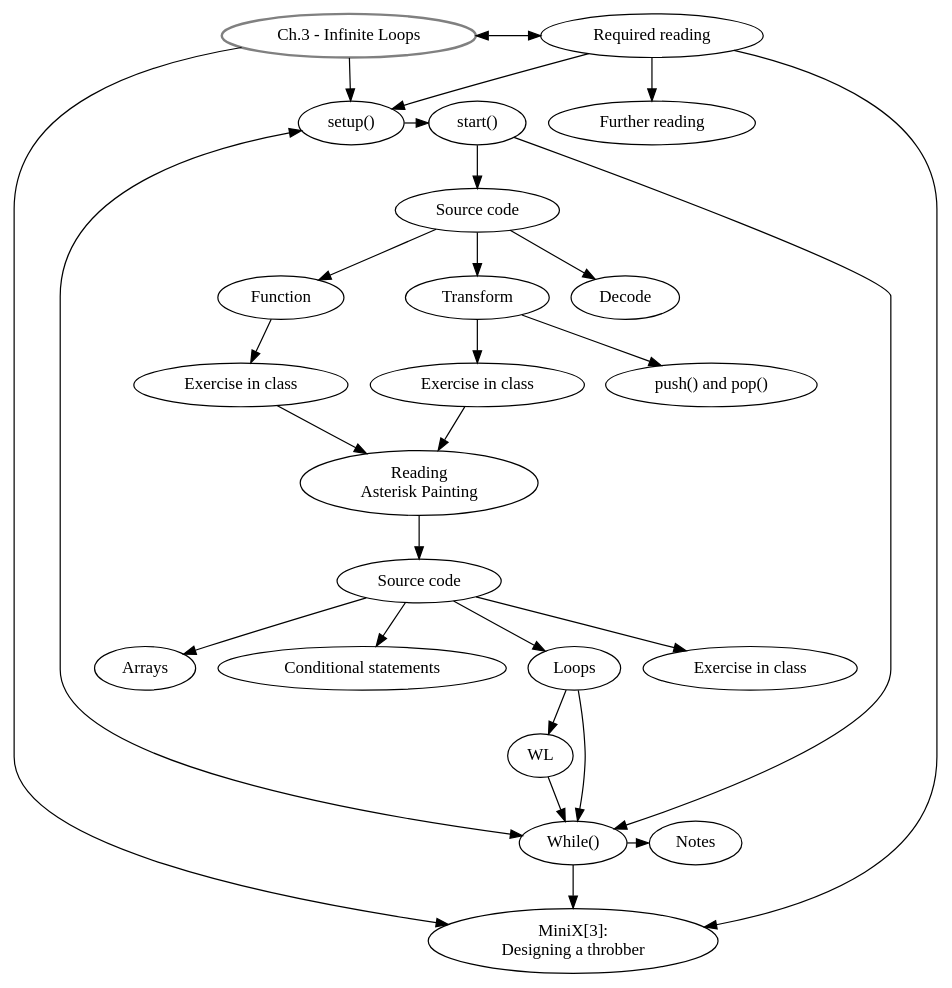
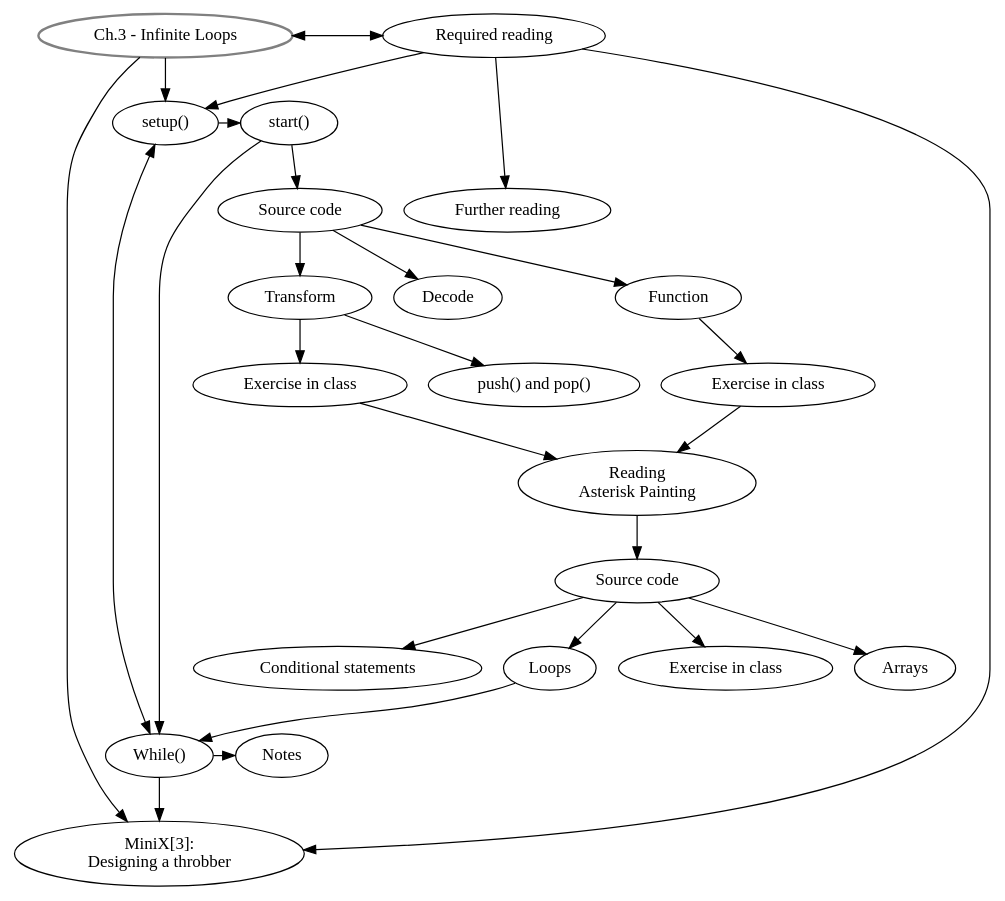
Before and after one commit to danbz/aesthetic-programming: the diagram in graphviz/AP_ch3.dot, drawn with Graphviz.

Commit message:
update flowcharts

```diff
--- a/graphviz/AP_ch3.dot
+++ b/graphviz/AP_ch3.dot
@@ -1,52 +1,52 @@
 digraph G {
 //labels
 GS [
 label="Ch.3 - Infinite Loops",
 style=bold,
 color=grey,
 ]
 
 SU [label="setup()"]
 ST [label="start()"]
 DE [label="Decode"]
 SC [label="Source code"]
 FN [label="Function"]
 EiC [label="Exercise in class"]
 TR [label="Transform"]
 PP [label="push() and pop()"]
 EiC2 [label="Exercise in class"]
 AP [label="Reading \nAsterisk Painting"]
 SC2 [label="Source code"]
 EiC3 [label="Exercise in class"]
 AR [label="Arrays"]
 CS [label="Conditional statements"]
 LO [label="Loops"]
 MW [label="While()"]
 MX [label="MiniX[3]: \nDesigning a throbber"]
 RR [label="Required reading"]
 FR [label="Further reading"]
 Notes [label="Notes"]
 
 //rank
 {rank = same; SU, ST}
 {rank = same; RR, GS}
 {rank = same; MW, Notes}
+{rank = same; FR, SC}
 
 //graph
 GS -> SU -> ST -> SC -> DE;
 GS -> RR[dir=both, minlen=3];
 SU -> MW [dir=both];
 GS -> MX;
 RR -> MX, SU;
 SC -> FN -> EiC;
 TR->PP;
 SC -> TR -> EiC2;
 EiC, EiC2 -> AP -> SC2 -> EiC3
 SC2 -> AR;
 SC2 -> CS;
-SC2 -> LO -> WL;
+SC2 -> LO;
 ST, LO -> MW -> Notes;
 MW -> MX;
-WL -> MW;
 RR -> FR;
 }
```
